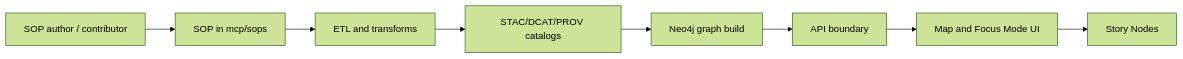
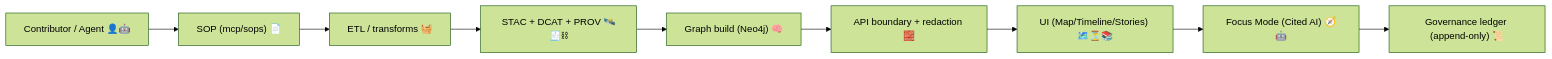
Before and after one commit to bartytime4life/Kansas-Frontier-Matrix: the diagram in mcp/sops/README.md, drawn with Mermaid (forest theme). The commit also changed other lines of this file, not shown here.

````diff
--- a/mcp/sops/README.md
+++ b/mcp/sops/README.md
@@ -193,10 +659,11 @@
-~~~mermaid
+```mermaid
 flowchart LR
-  A["SOP author / contributor"] --> B["SOP in mcp/sops"]
-  B --> C["ETL and transforms"]
-  C --> D["STAC/DCAT/PROV catalogs"]
-  D --> E["Neo4j graph build"]
-  E --> F["API boundary"]
-  F --> G["Map and Focus Mode UI"]
-  G --> H["Story Nodes"]
-~~~
+  A["Contributor / Agent 👤🤖"] --> B["SOP (mcp/sops) 📄"]
+  B --> C["ETL / transforms 🧺"]
+  C --> D["STAC + DCAT + PROV 🛰️🧾⛓"]
+  D --> E["Graph build (Neo4j) 🧠"]
+  E --> F["API boundary + redaction 🧱"]
+  F --> G["UI (Map/Timeline/Stories) 🗺️⏳📚"]
+  G --> H["Focus Mode (Cited AI) 🧭🤖"]
+  H --> I["Governance ledger (append-only) 📜"]
+```
````
